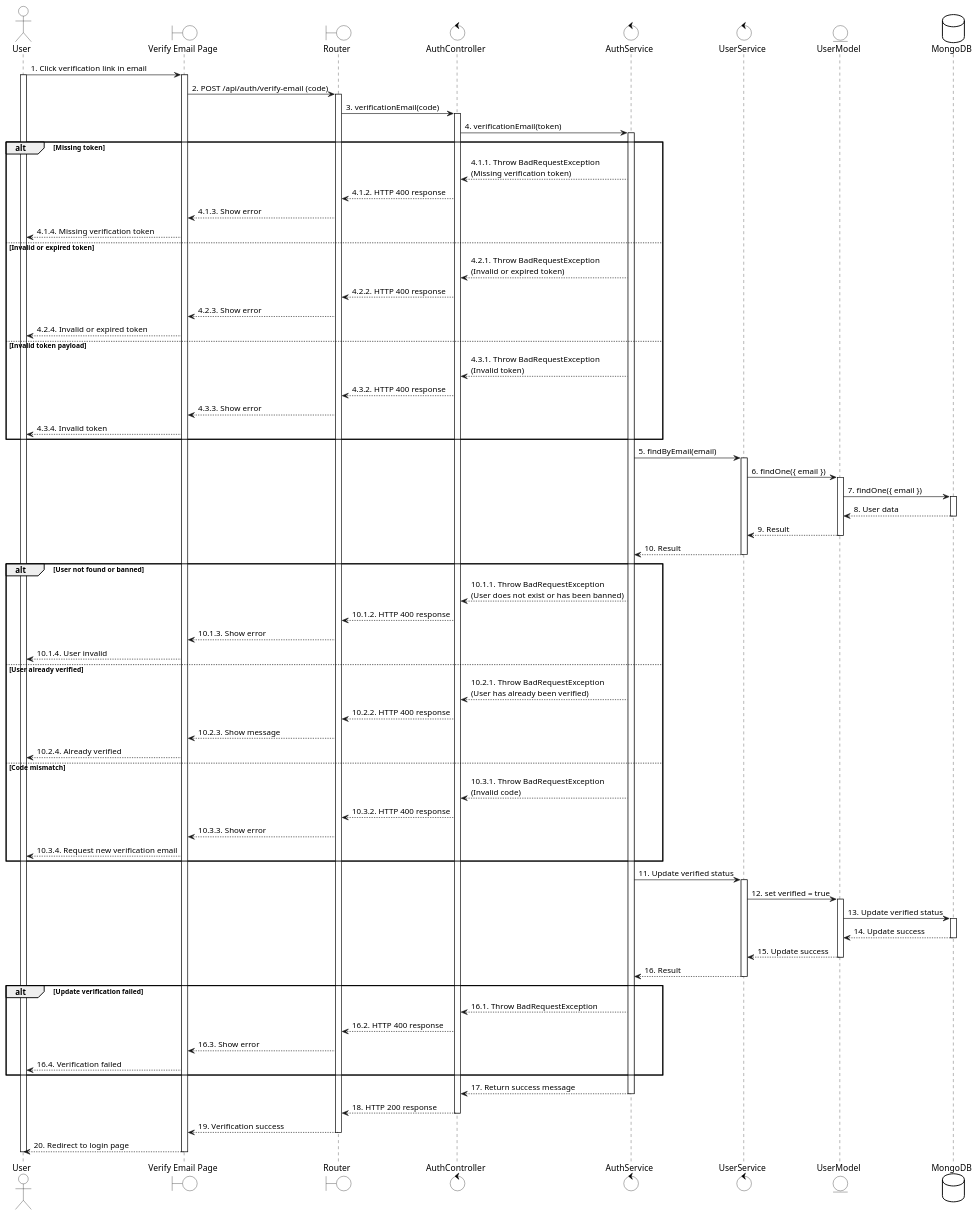
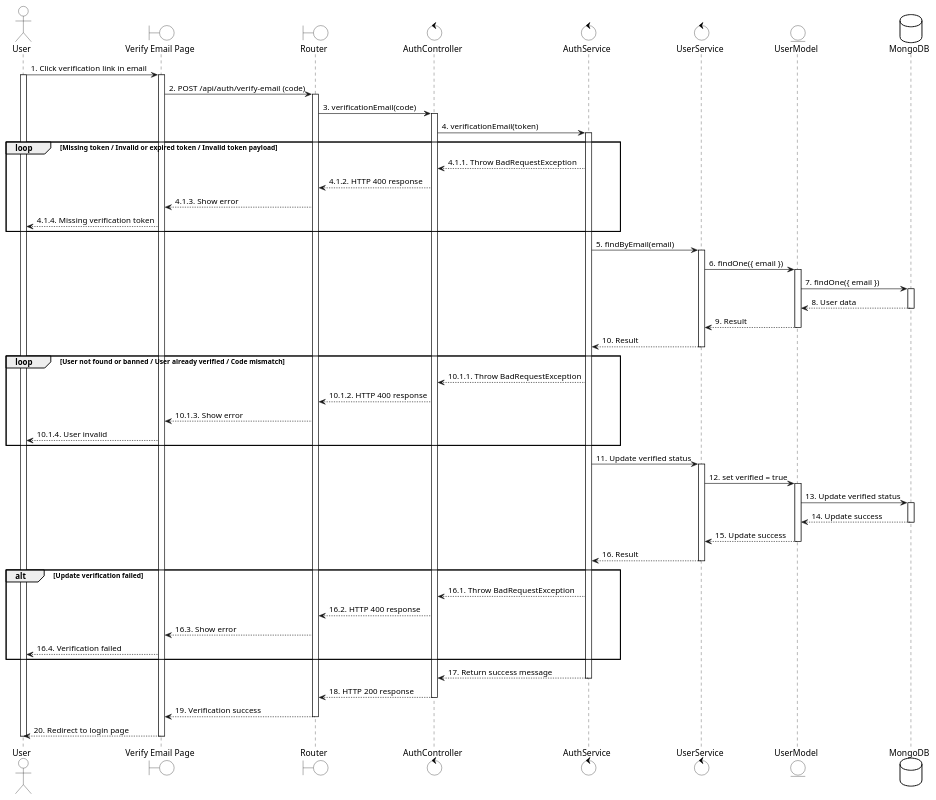
One commit to LGK1412/sequence_sep490_01 changed the diagram in uc4 - Verify Email Verification.wsd. Above: the diagram before and after it, drawn with PlantUML. The commit also changed 103 other files, not shown here.

```diff
--- a/uc4 - Verify Email Verification.wsd
+++ b/uc4 - Verify Email Verification.wsd
@@ -1,119 +1,99 @@
 @startuml
 skinparam {
     ActorBackgroundColor #FFFFFF
     BoundaryBackgroundColor #FFFFFF
     ControlBackgroundColor #FFFFFF
     EntityBackgroundColor #FFFFFF
     DatabaseBackgroundColor #FFFFFF
 
     ActorBorderColor black
     BoundaryBorderColor black
     ControlBorderColor black
     EntityBorderColor black
     DatabaseBorderColor black
 }
 
 actor User
 boundary "Verify Email Page" as UI
 boundary Router
 control AuthController
 control AuthService
 control UserService
 entity UserModel
 database MongoDB
 
 User -> UI: 1. Click verification link in email
 activate User
 activate UI
 
 UI -> Router: 2. POST /api/auth/verify-email (code)
 activate Router
 
 Router -> AuthController: 3. verificationEmail(code)
 activate AuthController
 
 AuthController -> AuthService: 4. verificationEmail(token)
 
 activate AuthService
 
-alt Missing token
-    AuthService --> AuthController: 4.1.1. Throw BadRequestException\n(Missing verification token)
+loop Missing token / Invalid or expired token / Invalid token payload
+    AuthService --> AuthController: 4.1.1. Throw BadRequestException
     AuthController --> Router: 4.1.2. HTTP 400 response
     Router --> UI: 4.1.3. Show error
     UI --> User: 4.1.4. Missing verification token
-else Invalid or expired token
-    AuthService --> AuthController: 4.2.1. Throw BadRequestException\n(Invalid or expired token)
-    AuthController --> Router: 4.2.2. HTTP 400 response
-    Router --> UI: 4.2.3. Show error
-    UI --> User: 4.2.4. Invalid or expired token
-else Invalid token payload
-    AuthService --> AuthController: 4.3.1. Throw BadRequestException\n(Invalid token)
-    AuthController --> Router: 4.3.2. HTTP 400 response
-    Router --> UI: 4.3.3. Show error
-    UI --> User: 4.3.4. Invalid token
 end
 
 AuthService -> UserService: 5. findByEmail(email)
 activate UserService
 UserService -> UserModel: 6. findOne({ email })
 activate UserModel
 UserModel -> MongoDB: 7. findOne({ email })
 activate MongoDB
 MongoDB --> UserModel: 8. User data
 deactivate MongoDB
 UserModel --> UserService: 9. Result
 deactivate UserModel
 UserService --> AuthService: 10. Result
 deactivate UserService
 
-alt User not found or banned
-    AuthService --> AuthController: 10.1.1. Throw BadRequestException\n(User does not exist or has been banned)
+loop User not found or banned / User already verified / Code mismatch
+    AuthService --> AuthController: 10.1.1. Throw BadRequestException
     AuthController --> Router: 10.1.2. HTTP 400 response
     Router --> UI: 10.1.3. Show error
     UI --> User: 10.1.4. User invalid
-else User already verified
-    AuthService --> AuthController: 10.2.1. Throw BadRequestException\n(User has already been verified)
-    AuthController --> Router: 10.2.2. HTTP 400 response
-    Router --> UI: 10.2.3. Show message
-    UI --> User: 10.2.4. Already verified
-else Code mismatch
-    AuthService --> AuthController: 10.3.1. Throw BadRequestException\n(Invalid code)
-    AuthController --> Router: 10.3.2. HTTP 400 response
-    Router --> UI: 10.3.3. Show error
-    UI --> User: 10.3.4. Request new verification email
 end
 
 AuthService -> UserService: 11. Update verified status
 activate UserService
 UserService -> UserModel: 12. set verified = true
 activate UserModel
 UserModel -> MongoDB: 13. Update verified status
 activate MongoDB
 MongoDB --> UserModel: 14. Update success
 deactivate MongoDB
 UserModel --> UserService: 15. Update success
 deactivate UserModel
 
 UserService --> AuthService: 16. Result
 deactivate UserService
 
 alt Update verification failed
     AuthService --> AuthController: 16.1. Throw BadRequestException
     AuthController --> Router: 16.2. HTTP 400 response
     Router --> UI: 16.3. Show error
     UI --> User: 16.4. Verification failed
 end
 
 AuthService --> AuthController: 17. Return success message
 deactivate AuthService
 
 AuthController --> Router: 18. HTTP 200 response
 deactivate AuthController
 
 Router --> UI: 19. Verification success
 deactivate Router
 
 UI --> User: 20. Redirect to login page
 deactivate UI
 deactivate User
 @enduml
```
